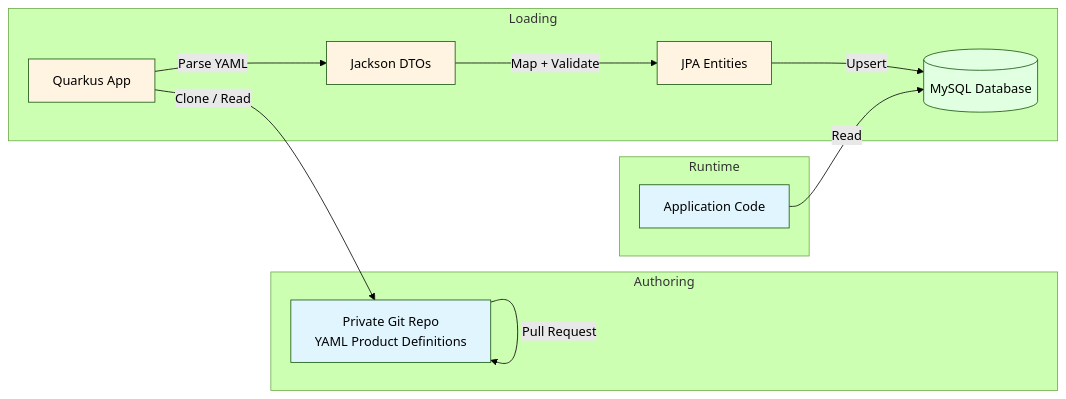
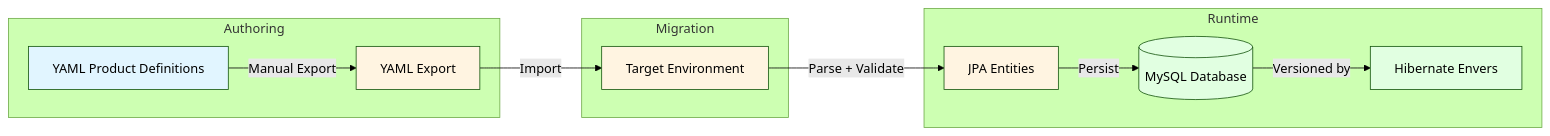
Before and after one commit to abstratium-dev/abstrapact: the diagram in docs/DESIGN_OF_PRODUCT_DEFINITION_SOURCE.md, drawn with Mermaid (forest theme). The commit also changed other lines of this file, not shown here.

````diff
--- a/docs/DESIGN_OF_PRODUCT_DEFINITION_SOURCE.md
+++ b/docs/DESIGN_OF_PRODUCT_DEFINITION_SOURCE.md
@@ -187,24 +22,23 @@
 ```mermaid
 graph LR
     subgraph "Authoring"
-        A["Private Git Repo<br/>YAML Product Definitions"] -->|Pull Request| A
+        A["YAML Product Definitions"] -->|Manual Export| B
     end
 
-    subgraph "Loading"
-        B["Quarkus App"] -->|Clone / Read| A
-        B -->|Parse YAML| C["Jackson DTOs"]
-        C -->|Map + Validate| D["JPA Entities"]
-        D -->|Upsert| E[(MySQL Database)]
+    subgraph "Migration"
+        B["YAML Export"] -->|Import| C["Target Environment"]
     end
 
     subgraph "Runtime"
-        F["Application Code"] -->|Read| E
+        C -->|Parse + Validate| D["JPA Entities"]
+        D -->|Persist| E[(MySQL Database)]
+        E -->|Versioned by| F[Hibernate Envers]
     end
 
     style A fill:#e1f5ff
     style B fill:#fff4e1
     style C fill:#fff4e1
     style D fill:#fff4e1
     style E fill:#e1ffe1
-    style F fill:#e1f5ff
+    style F fill:#e1ffe1
 ```
````
